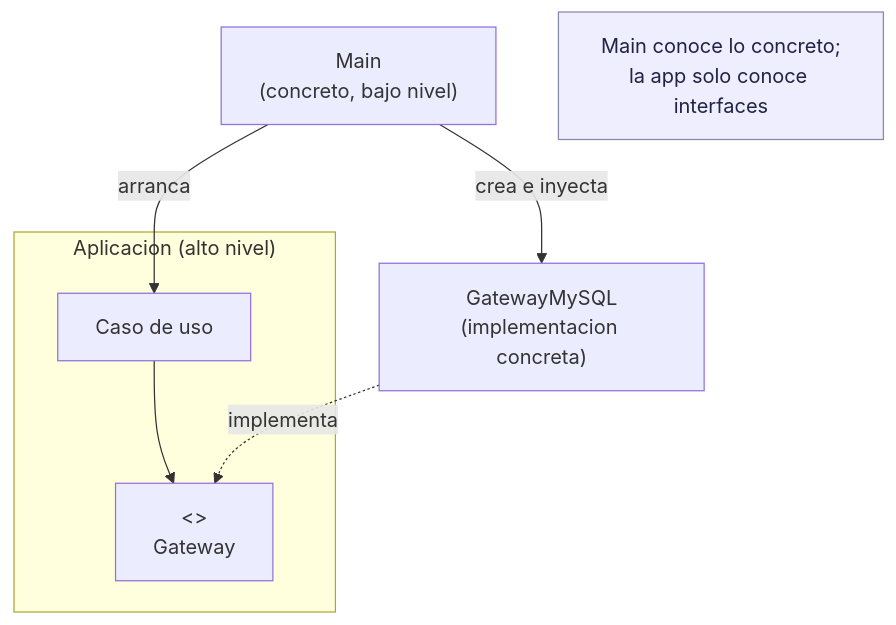
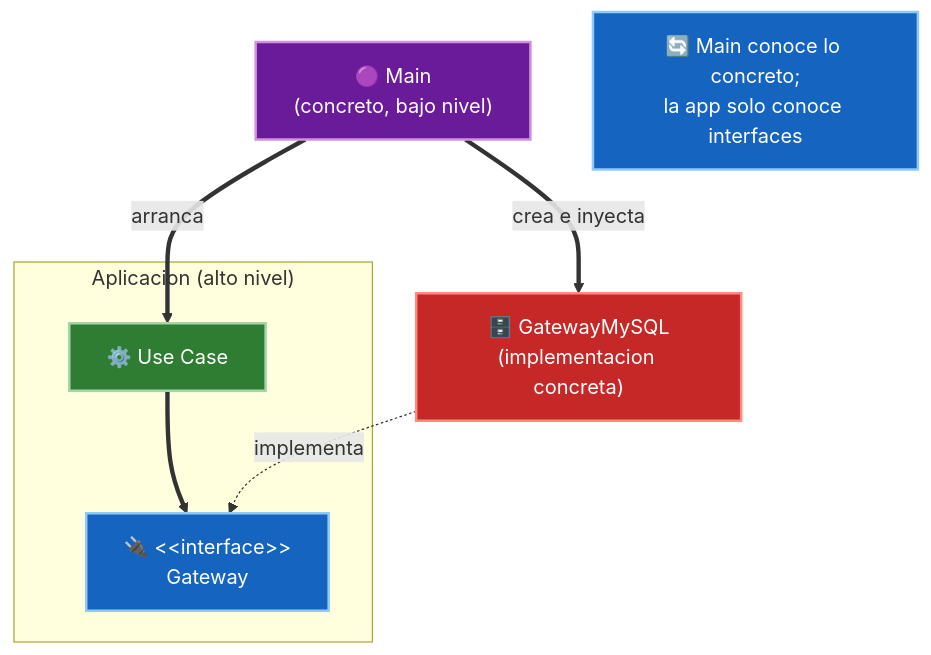
Before and after one commit to JavierMachucaA/clean-architecture-guia: the second of 2 diagrams in 13-temas-transversales/04-main-e-inyeccion-de-dependencias.md, drawn with Mermaid. The commit also changed other lines of this file and 45 other files, not shown here.

````diff
--- a/13-temas-transversales/04-main-e-inyeccion-de-dependencias.md
+++ b/13-temas-transversales/04-main-e-inyeccion-de-dependencias.md
@@ -53,16 +52,25 @@
 ```mermaid
 flowchart TB
-    Main["Main\n(concreto, bajo nivel)"]
+    Main["🟣 Main<br/>(concreto, bajo nivel)"]
     subgraph App["Aplicacion (alto nivel)"]
-        UC["Caso de uso"]
-        IGW["<<interface>>\nGateway"]
+        UC["⚙️ Use Case"]
+        IGW["🔌 &lt;&lt;interface&gt;&gt;<br/>Gateway"]
     end
-    GWImpl["GatewayMySQL\n(implementacion concreta)"]
+    GWImpl["🗄️ GatewayMySQL<br/>(implementacion concreta)"]
 
-    Main -->|crea e inyecta| GWImpl
-    Main -->|arranca| UC
-    UC --> IGW
+    Main ==>|crea e inyecta| GWImpl
+    Main ==>|arranca| UC
+    UC ==> IGW
     GWImpl -. implementa .-> IGW
-    Nota["Main conoce lo concreto;\nla app solo conoce interfaces"]:::n
-    classDef n fill:#eef,stroke:#88a,color:#224;
+    Nota["🔄 Main conoce lo concreto;<br/>la app solo conoce interfaces"]:::nota
+
+    class Main adapter
+    class UC nucleo
+    class IGW iface
+    class GWImpl detalle
+    classDef adapter fill:#6a1b9a,stroke:#ce93d8,color:#fff,stroke-width:2px
+    classDef nucleo fill:#2e7d32,stroke:#a5d6a7,color:#fff,stroke-width:2px
+    classDef iface fill:#1565c0,stroke:#90caf9,color:#fff,stroke-width:2px
+    classDef detalle fill:#c62828,stroke:#ff8a80,color:#fff,stroke-width:2px
+    classDef nota fill:#1565c0,stroke:#90caf9,color:#fff,stroke-width:2px
 ```
````
